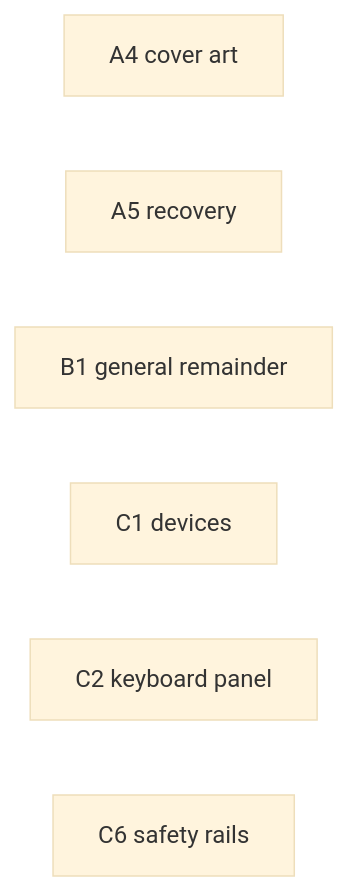
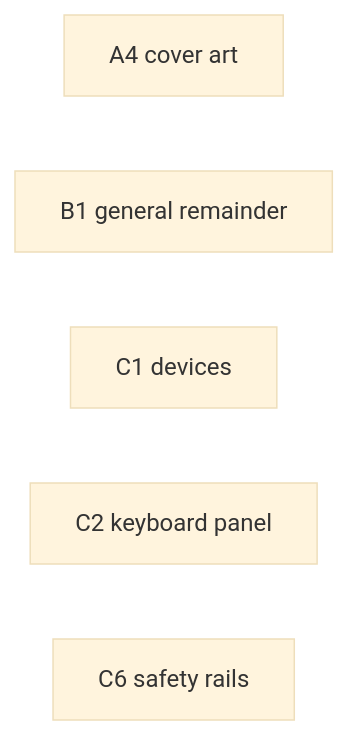
One commit to gabrielofavero/rb-blitz-xenon-recomp changed the diagram in docs/plans/launcher-plan.md. Above: the diagram before and after it, drawn with Mermaid (base theme). The commit also changed other lines of this file and 30 other files, not shown here.

````diff
--- a/docs/plans/launcher-plan.md
+++ b/docs/plans/launcher-plan.md
@@ -1015,9 +1055,8 @@
 ```mermaid
 graph LR
   A4[A4 cover art]
-  A5[A5 recovery]
   B1[B1 general remainder]
   C1[C1 devices]
   C2[C2 keyboard panel]
   C6[C6 safety rails]
 ```
````
